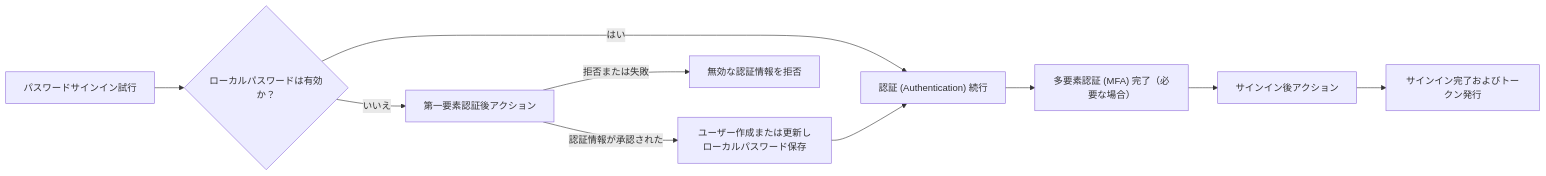
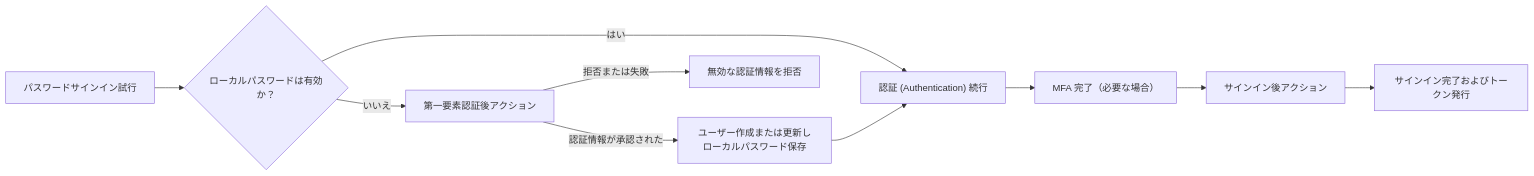
The diagram in i18n/ja/docusaurus-plugin-content-docs/current/developers/actions/README.mdx (logto-io/docs), drawn with Mermaid before and after one commit. The commit also changed other lines of this file and 26 other files, not shown here.

````diff
--- a/i18n/ja/docusaurus-plugin-content-docs/current/developers/actions/README.mdx
+++ b/i18n/ja/docusaurus-plugin-content-docs/current/developers/actions/README.mdx
@@ -29,12 +29,12 @@
 ```mermaid
 flowchart LR
   A["パスワードサインイン試行"] --> B{"ローカルパスワードは有効か？"}
   B -->|"はい"| E["認証 (Authentication) 続行"]
   B -->|"いいえ"| C["第一要素認証後アクション"]
   C -->|"認証情報が承認された"| D["ユーザー作成または更新しローカルパスワード保存"]
   C -->|"拒否または失敗"| X["無効な認証情報を拒否"]
   D --> E
-  E --> F["多要素認証 (MFA) 完了（必要な場合）"]
+  E --> F["MFA 完了（必要な場合）"]
   F --> G["サインイン後アクション"]
   G --> H["サインイン完了およびトークン発行"]
 ```
````
